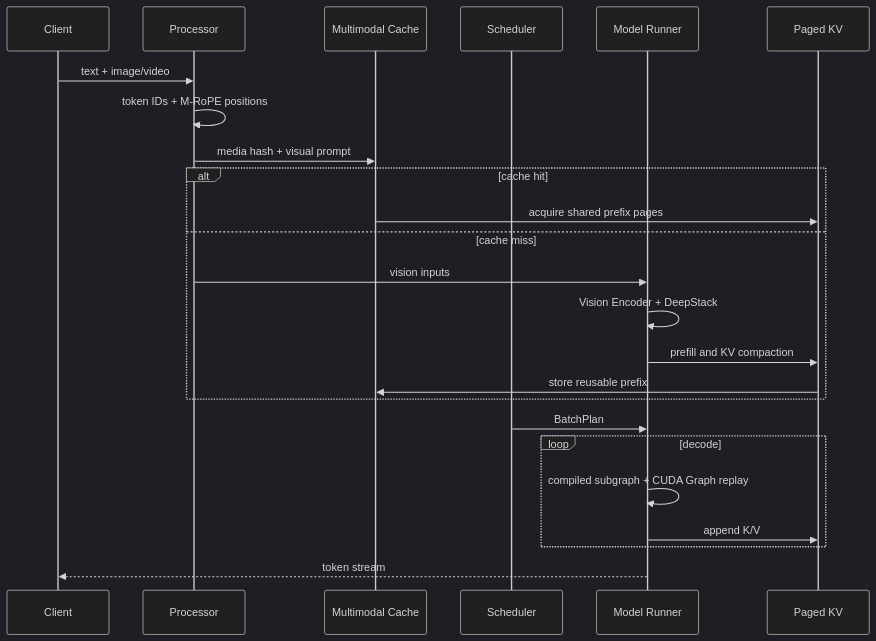
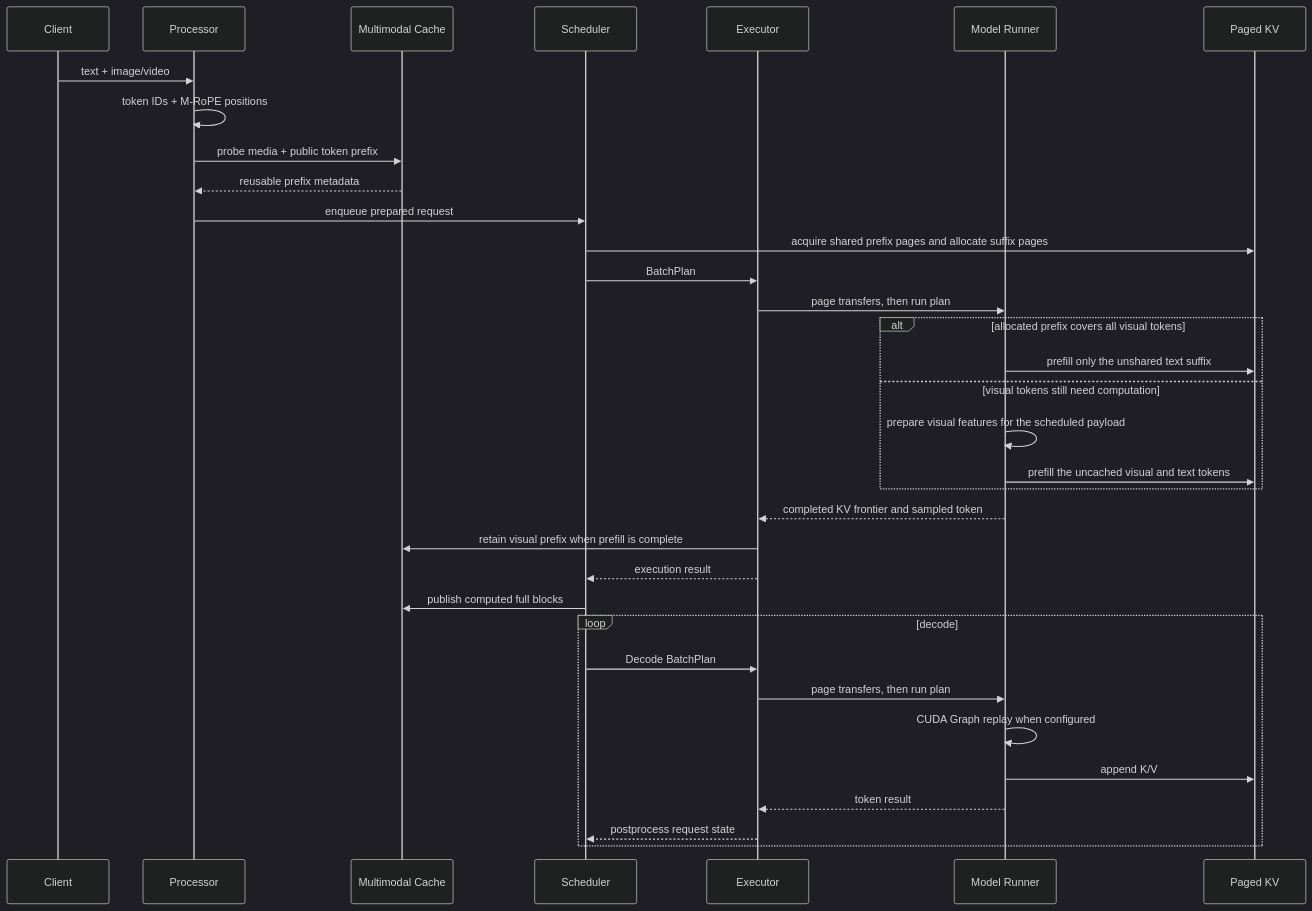
The diagram in docs/ARCHITECTURE.md (xsmccc/Prism-Infer), drawn with Mermaid (dark theme) before and after one commit. The commit also changed other lines of this file and 37 other files, not shown here.

Commit message:
Fix KV transfer lifetimes and scheduled visual preparation

````diff
--- a/docs/ARCHITECTURE.md
+++ b/docs/ARCHITECTURE.md
@@ -9,27 +9,37 @@
 ```mermaid
 sequenceDiagram
     participant Client
     participant Processor
     participant Cache as Multimodal Cache
     participant Scheduler
+    participant Executor
     participant Runner as Model Runner
     participant KV as Paged KV
 
     Client->>Processor: text + image/video
     Processor->>Processor: token IDs + M-RoPE positions
-    Processor->>Cache: media hash + visual prompt
-    alt cache hit
-        Cache->>KV: acquire shared prefix pages
-    else cache miss
-        Processor->>Runner: vision inputs
-        Runner->>Runner: Vision Encoder + DeepStack
-        Runner->>KV: prefill and KV compaction
-        KV->>Cache: store reusable prefix
+    Processor->>Cache: probe media + public token prefix
+    Cache-->>Processor: reusable prefix metadata
+    Processor->>Scheduler: enqueue prepared request
+    Scheduler->>KV: acquire shared prefix pages and allocate suffix pages
+    Scheduler->>Executor: BatchPlan
+    Executor->>Runner: page transfers, then run plan
+    alt allocated prefix covers all visual tokens
+        Runner->>KV: prefill only the unshared text suffix
+    else visual tokens still need computation
+        Runner->>Runner: prepare visual features for the scheduled payload
+        Runner->>KV: prefill the uncached visual and text tokens
     end
-    Scheduler->>Runner: BatchPlan
+    Runner-->>Executor: completed KV frontier and sampled token
+    Executor->>Cache: retain visual prefix when prefill is complete
+    Executor-->>Scheduler: execution result
+    Scheduler->>Cache: publish computed full blocks
     loop decode
-        Runner->>Runner: compiled subgraph + CUDA Graph replay
+        Scheduler->>Executor: Decode BatchPlan
+        Executor->>Runner: page transfers, then run plan
+        Runner->>Runner: CUDA Graph replay when configured
         Runner->>KV: append K/V
+        Runner-->>Executor: token result
+        Executor-->>Scheduler: postprocess request state
     end
-    Runner-->>Client: token stream
 ```
````
